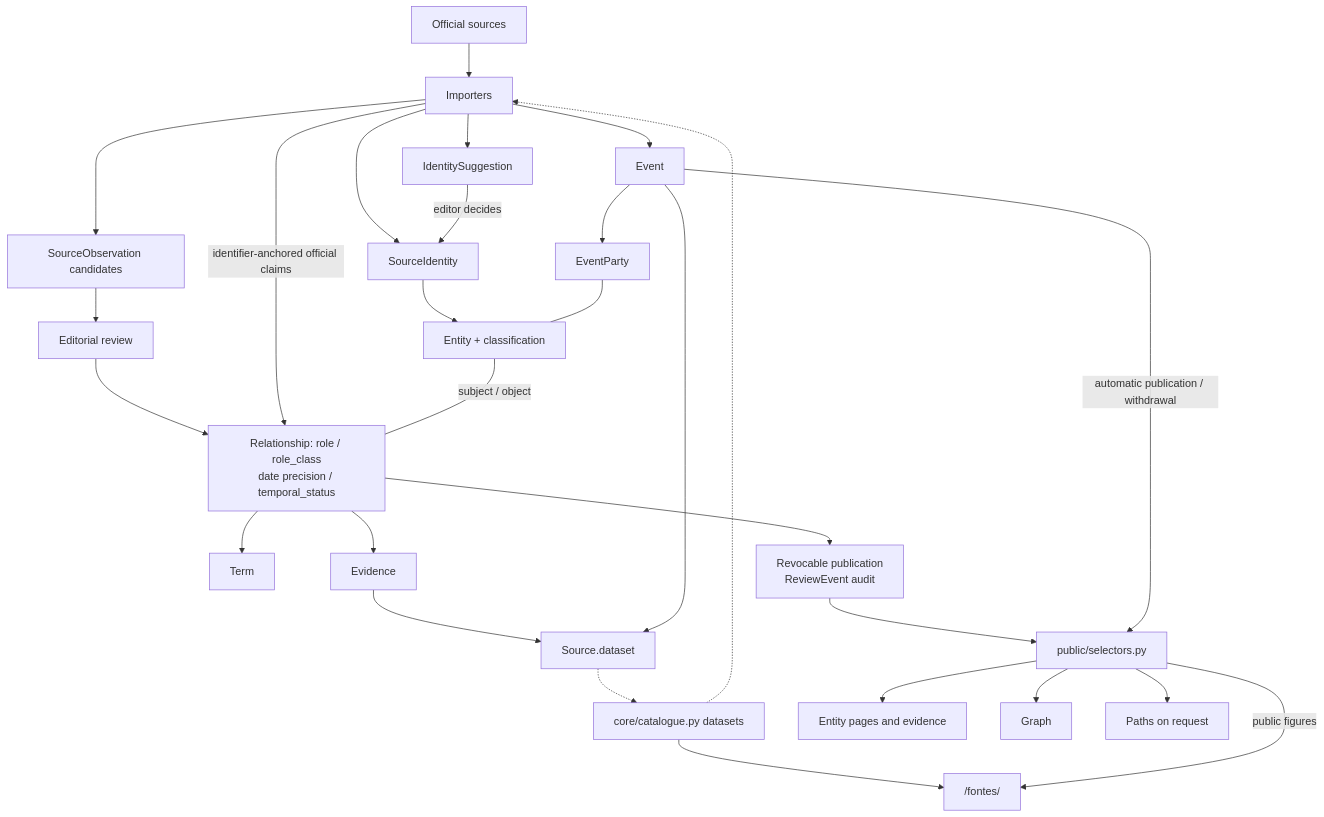
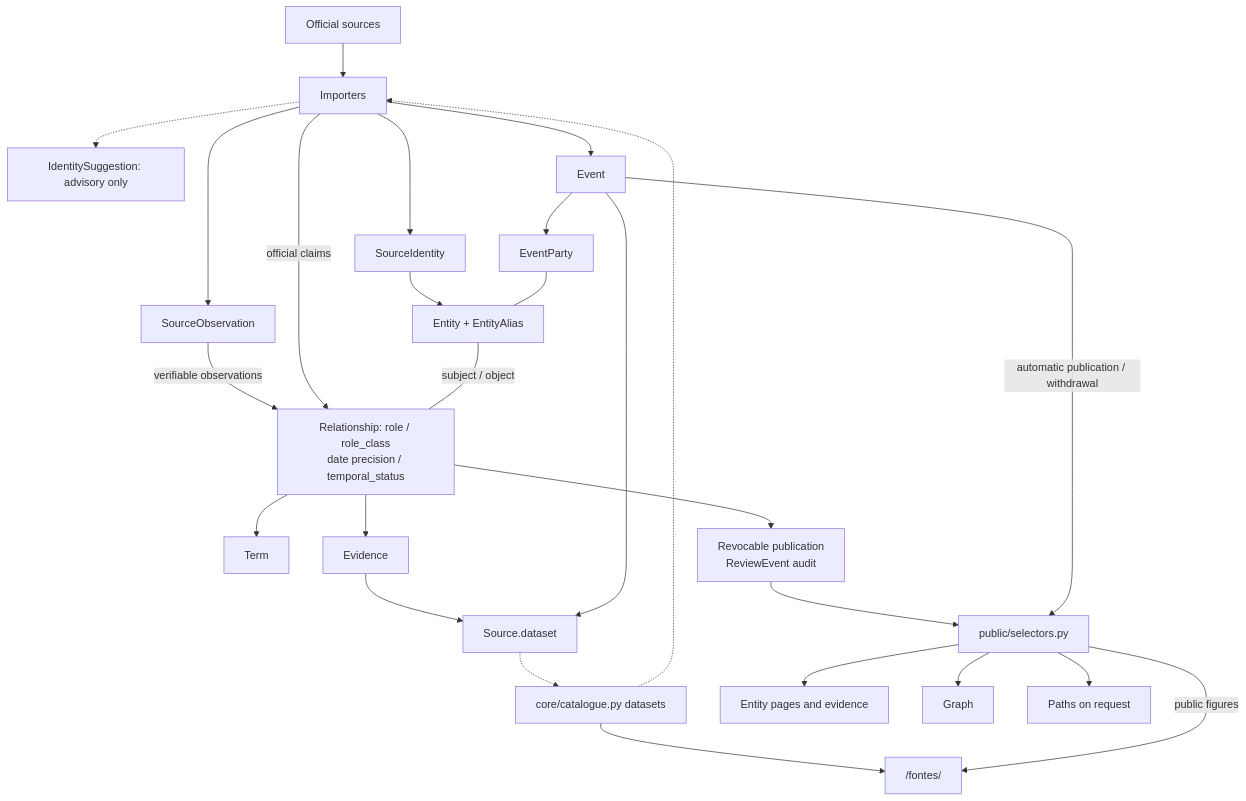
Before and after one commit to TheRockPusher/pt_ligacoes: the diagram in docs/architecture.md, drawn with Mermaid. The commit also changed other lines of this file and 109 other files, not shown here.

First line of the commit message:
feat: import complete official histories and publish verifiable connections automatically (#31)

````diff
--- a/docs/architecture.md
+++ b/docs/architecture.md
@@ -11,30 +11,28 @@
 ```mermaid
 flowchart TB
     SRC[Official sources] --> IMP[Importers]
     CAT[core/catalogue.py datasets] -.-> IMP
     IMP --> SID[SourceIdentity]
-    IMP --> SUG[IdentitySuggestion]
-    SUG -->|editor decides| SID
-    SID --> ENT[Entity + classification]
-    IMP --> OBS[SourceObservation candidates]
-    OBS --> REVIEW[Editorial review]
-    REVIEW --> REL["Relationship: role / role_class<br/>date precision / temporal_status"]
-    IMP -->|identifier-anchored official claims| REL
+    IMP -.-> SUG[IdentitySuggestion: advisory only]
+    SID --> ENT[Entity + EntityAlias]
+    IMP --> OBS[SourceObservation]
+    OBS -->|verifiable observations| REL["Relationship: role / role_class<br/>date precision / temporal_status"]
+    IMP -->|official claims| REL
     REL --> TERM[Term]
     REL --> EVD[Evidence]
     EVD --> SRCROW[Source.dataset]
     SRCROW -.-> CAT
     ENT ---|subject / object| REL
     IMP --> EVT[Event]
     EVT --> PARTY[EventParty]
     EVT --> SRCROW
     PARTY --- ENT
     REL --> REV["Revocable publication<br/>ReviewEvent audit"]
     REV --> SEL[public/selectors.py]
     EVT -->|automatic publication / withdrawal| SEL
     SEL --> PAGES[Entity pages and evidence]
     SEL --> GRAPH[Graph]
     SEL --> PATHS[Paths on request]
     CAT --> FONTES["/fontes/"]
     SEL -->|public figures| FONTES
 ```
````
